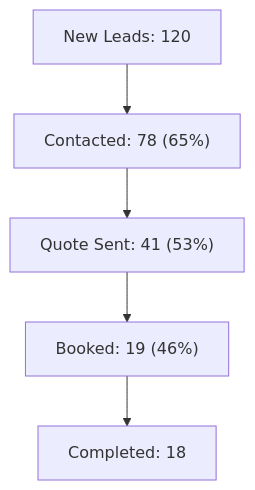
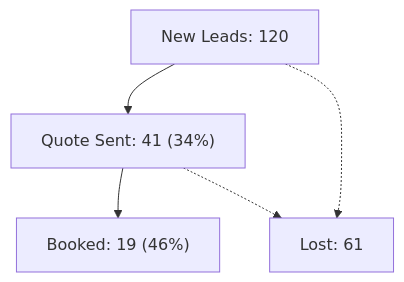
One commit to j-andradeii/easyrides-cebu changed diagram 14 of 14 in docs/CRM_FUNNEL_IMPLEMENTATION_PLAN.md. Above: the diagram before and after it, drawn with Mermaid. The commit also changed other lines of this file and 5 other files, not shown here.

````diff
--- a/docs/CRM_FUNNEL_IMPLEMENTATION_PLAN.md
+++ b/docs/CRM_FUNNEL_IMPLEMENTATION_PLAN.md
@@ -1097,7 +1107,7 @@
 ```mermaid
 flowchart TD
-    A["New Leads: 120"] --> B["Contacted: 78 (65%)"]
-    B --> C["Quote Sent: 41 (53%)"]
+    A["New Leads: 120"] --> C["Quote Sent: 41 (34%)"]
     C --> D["Booked: 19 (46%)"]
-    D --> E["Completed: 18"]
+    A -.-> X["Lost: 61"]
+    C -.-> X
 ```
````
